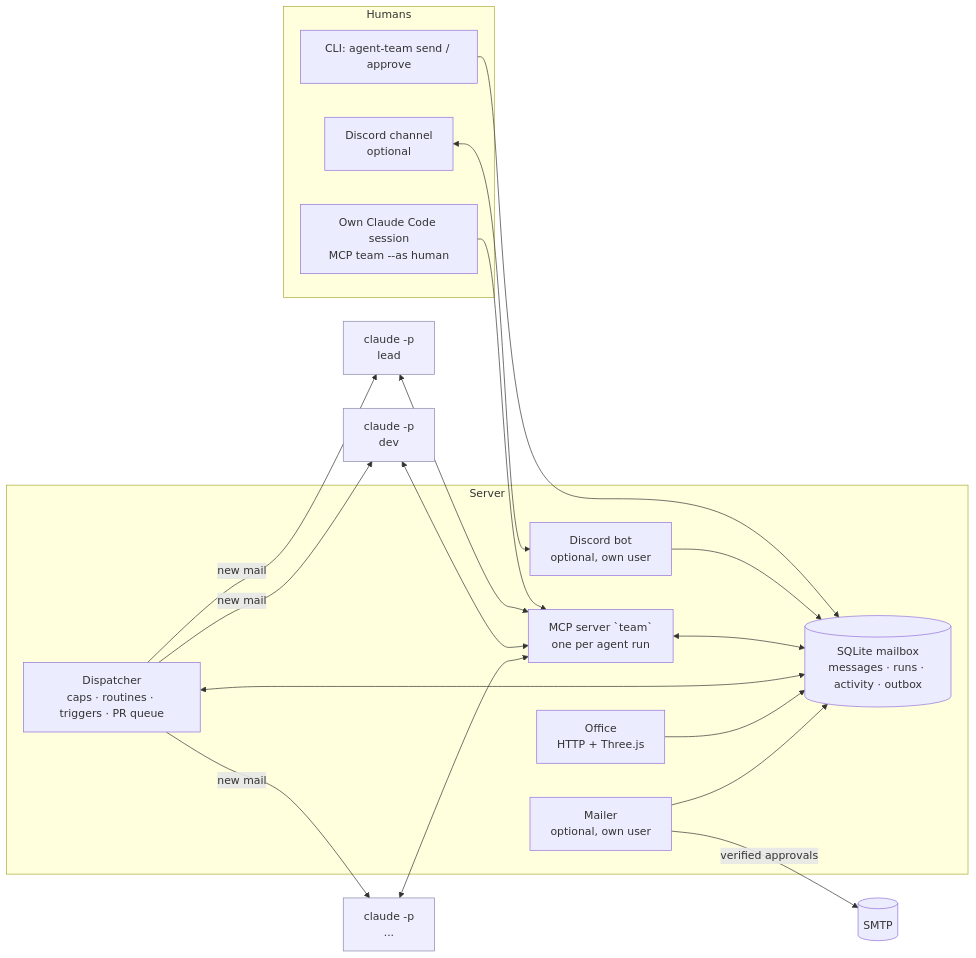
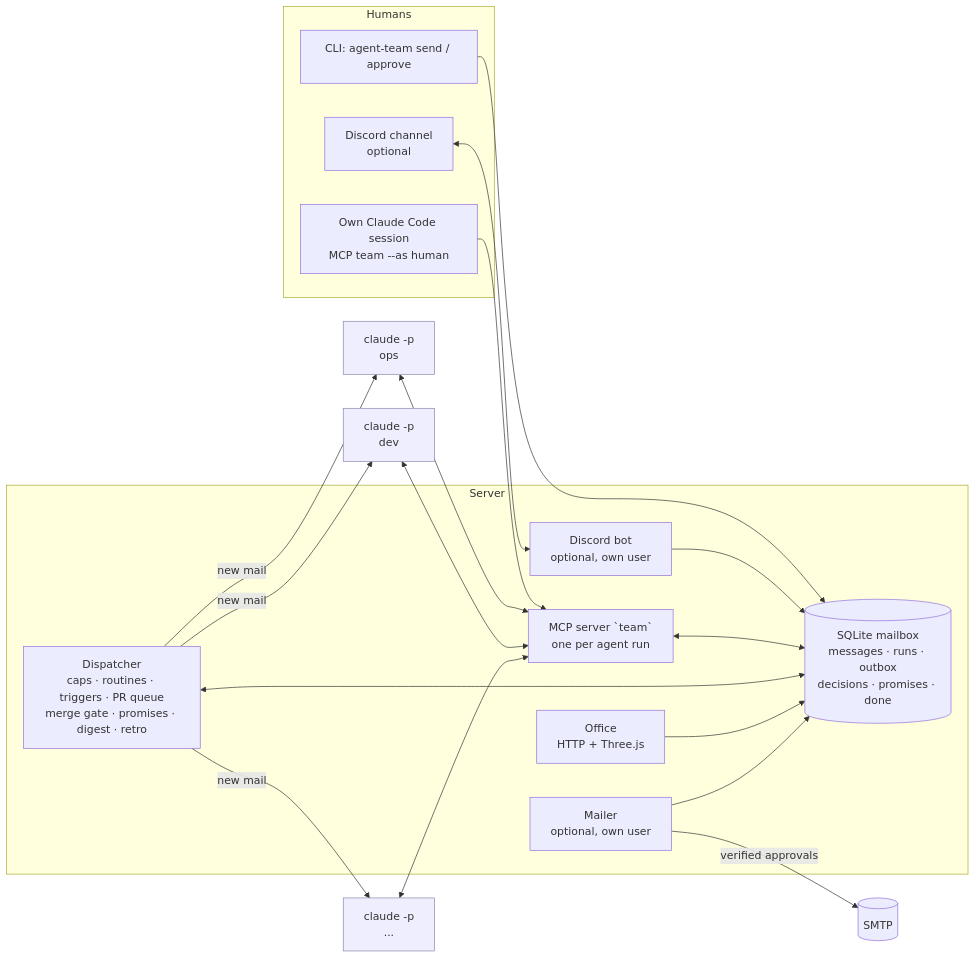
The diagram in README.md (victoorsaad/agent-team), drawn with Mermaid before and after one commit. The commit also changed other lines of this file and 22 other files, not shown here.

First line of the commit message:
Optional orchestrator: single door, authority levels, decisions, promises, merge gate, digest, retro

````diff
--- a/README.md
+++ b/README.md
@@ -34,29 +61,29 @@
 ```mermaid
 flowchart LR
   subgraph Humans
     H1[CLI: agent-team send / approve]
     H2[Own Claude Code session<br/>MCP team --as human]
     H3[Discord channel<br/>optional]
   end
   subgraph Server
-    DB[(SQLite mailbox<br/>messages · runs · activity · outbox)]
+    DB[(SQLite mailbox<br/>messages · runs · outbox<br/>decisions · promises · done)]
     MCP[MCP server `team`<br/>one per agent run]
-    D[Dispatcher<br/>caps · routines · triggers · PR queue]
+    D[Dispatcher<br/>caps · routines · triggers · PR queue<br/>merge gate · promises · digest · retro]
     O[Office<br/>HTTP + Three.js]
     M[Mailer<br/>optional, own user]
     B[Discord bot<br/>optional, own user]
   end
-  C1[claude -p<br/>lead]:::agent
+  C1[claude -p<br/>ops]:::agent
   C2[claude -p<br/>dev]:::agent
   C3[claude -p<br/>...]:::agent
   H1 --> DB
   H2 --> MCP
   H3 <--> B --> DB
   D -- new mail --> C1 & C2 & C3
   C1 & C2 & C3 <--> MCP <--> DB
   D <--> DB
   O --> DB
   M -- verified approvals --> SMTP[(SMTP)]
   M --> DB
   classDef agent fill:#eef,stroke:#88a
 ```
````
